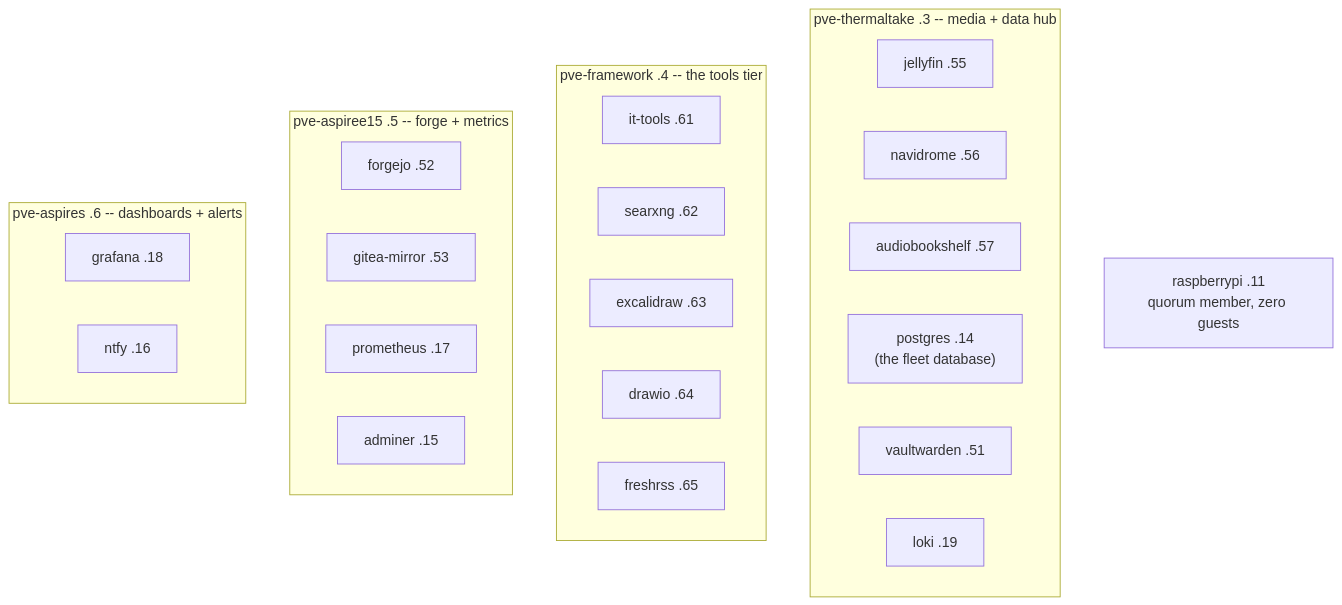
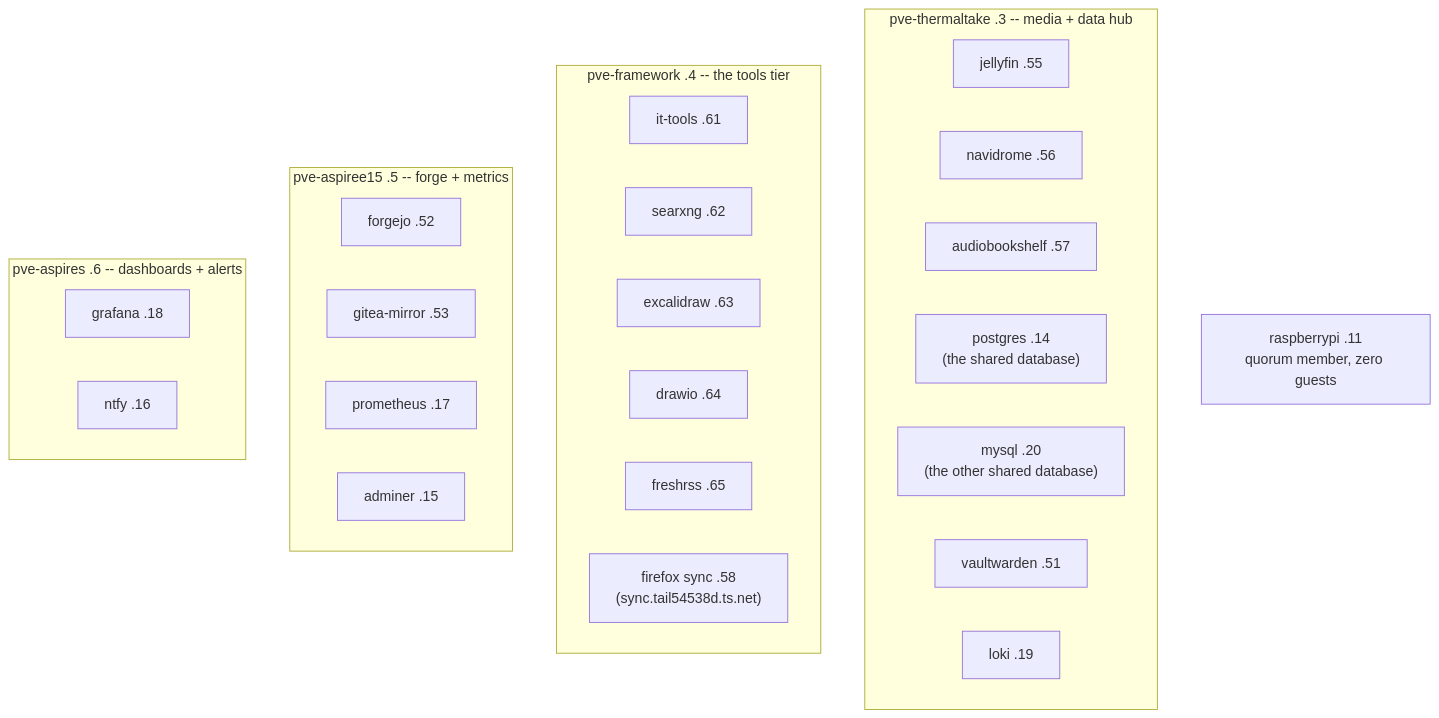
The third of 5 diagrams in docs/diagrams.md (funkybooboo/homelab), drawn with Mermaid before and after one commit. The commit also changed other lines of this file and 13 other files, not shown here.

````diff
--- a/docs/diagrams.md
+++ b/docs/diagrams.md
@@ -68,29 +68,31 @@
 ```mermaid
 flowchart TB
     subgraph TT["pve-thermaltake .3 -- media + data hub"]
         TT1["jellyfin .55"]
         TT2["navidrome .56"]
         TT3["audiobookshelf .57"]
-        TT4["postgres .14<br/>(the fleet database)"]
+        TT4["postgres .14<br/>(the shared database)"]
+        TT45["mysql .20<br/>(the other shared database)"]
         TT5["vaultwarden .51"]
         TT6["loki .19"]
     end
     subgraph FW["pve-framework .4 -- the tools tier"]
         FW1["it-tools .61"]
         FW2["searxng .62"]
         FW3["excalidraw .63"]
         FW4["drawio .64"]
         FW5["freshrss .65"]
+        FW6["firefox sync .58<br/>(sync.tail54538d.ts.net)"]
     end
     subgraph A15["pve-aspiree15 .5 -- forge + metrics"]
         A1["forgejo .52"]
         A2["gitea-mirror .53"]
         A3["prometheus .17"]
         A4["adminer .15"]
     end
     subgraph ASP["pve-aspires .6 -- dashboards + alerts"]
         S1["grafana .18"]
         S2["ntfy .16"]
     end
     RPI["raspberrypi .11<br/>quorum member, zero guests"]
 ```
````
